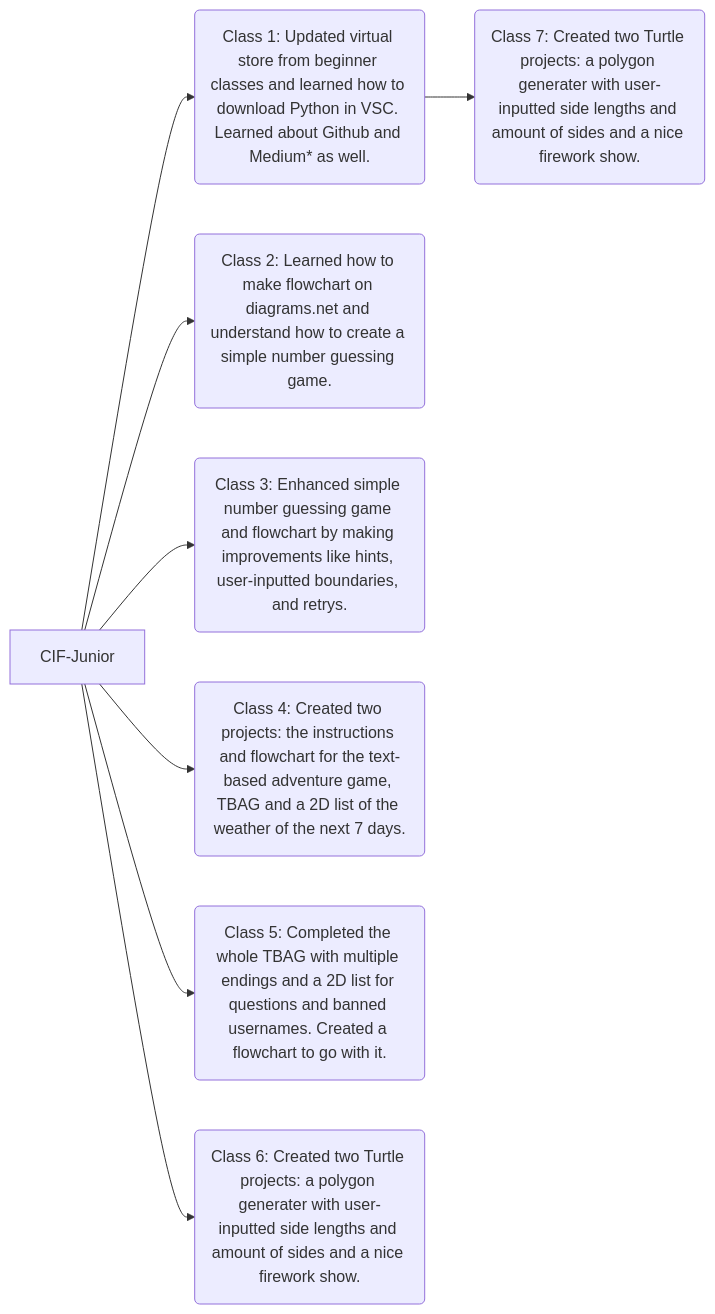
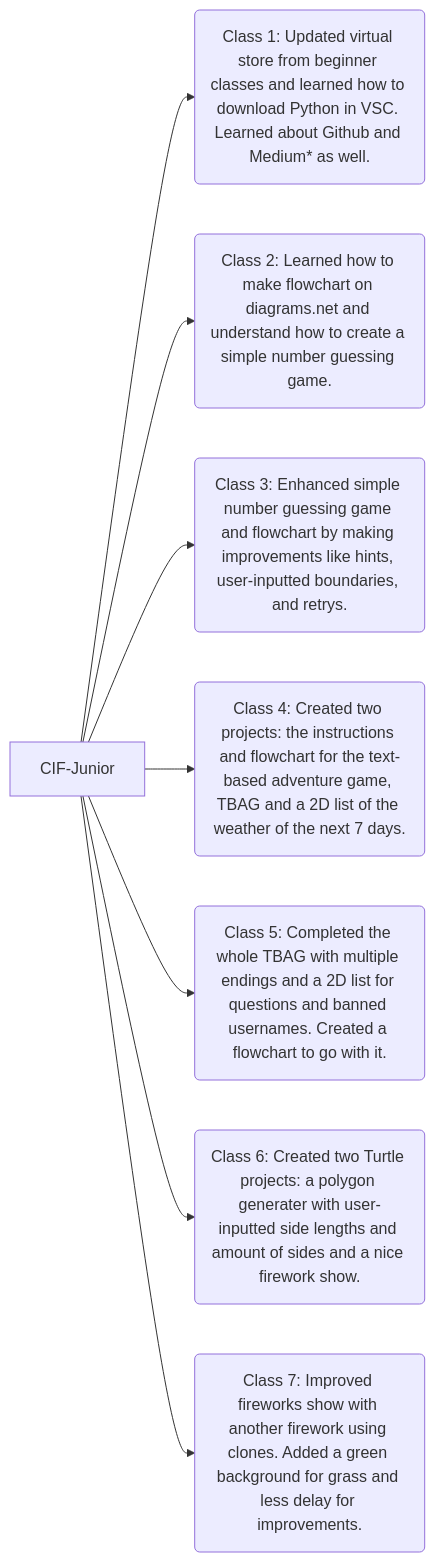
The diagram in README.md (deoclabber/CIF-Junior), drawn with Mermaid before and after one commit. The commit also changed other lines of this file, not shown here.

````diff
--- a/README.md
+++ b/README.md
@@ -10,10 +10,10 @@
 ```mermaid
 graph LR;
   A[CIF-Junior] --> B(Class 1: Updated virtual store from beginner classes and learned how to download Python in VSC. Learned about Github and Medium* as well.);
   A --> C(Class 2: Learned how to make flowchart on diagrams.net and understand how to create a simple number guessing game.);
   A --> D(Class 3: Enhanced simple number guessing game and flowchart by making improvements like hints, user-inputted boundaries, and retrys.);
   A --> E(Class 4: Created two projects: the instructions and flowchart for the text-based adventure game, TBAG and a 2D list of the weather of the next 7 days.);
   A --> F(Class 5: Completed the whole TBAG with multiple endings and a 2D list for questions and banned usernames. Created a flowchart to go with it.);
   A --> G(Class 6: Created two Turtle projects: a polygon generater with user-inputted side lengths and amount of sides and a nice firework show.);
-  B--> H(Class 7: Created two Turtle projects: a polygon generater with user-inputted side lengths and amount of sides and a nice firework show.);
+  A --> H(Class 7: Improved fireworks show with another firework using clones. Added a green background for grass and less delay for improvements.);
 ```
````
